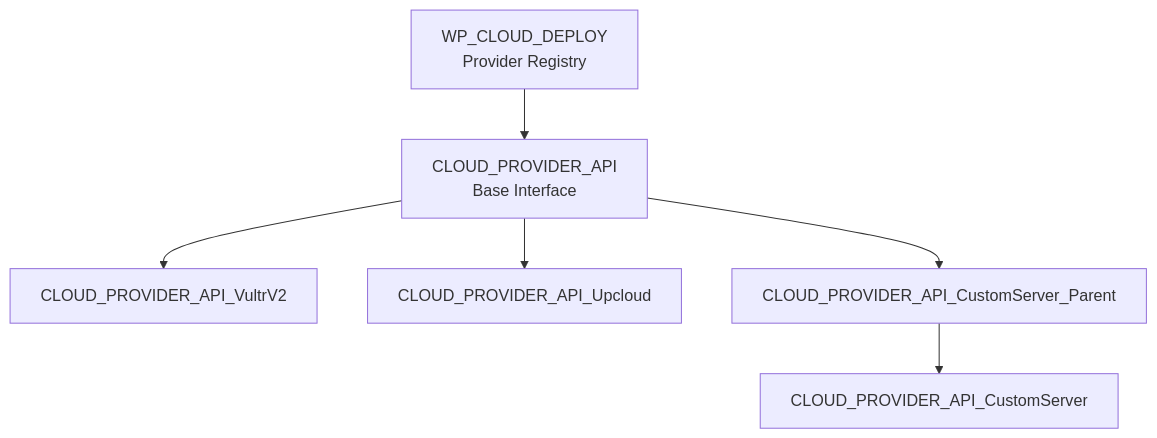
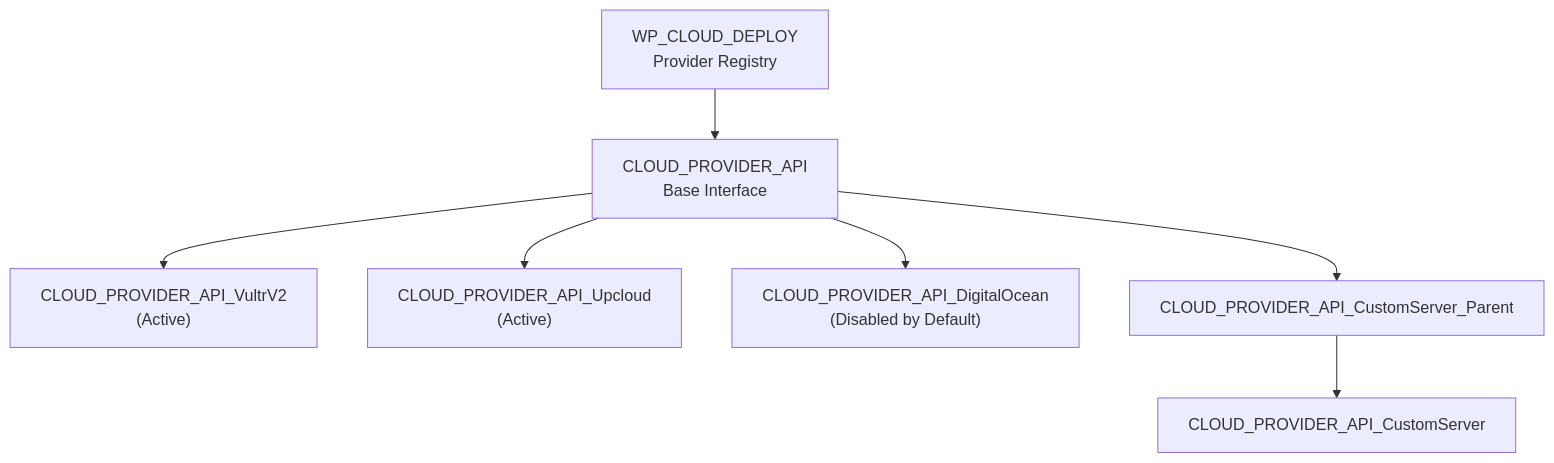
One commit to onedogsolutions/simple-stack changed the first of 7 diagrams in .qoder/repowiki/en/content/Cloud Provider Integration/Cloud Provider Integration.md. Above: the diagram before and after it, drawn with Mermaid. The commit also changed other lines of this file and 181 other files, not shown here.

First line of the commit message:
docs(core): update development guide, cloud provider integration, and settings management docs

````diff
--- a/.qoder/repowiki/en/content/Cloud Provider Integration/Cloud Provider Integration.md
+++ b/.qoder/repowiki/en/content/Cloud Provider Integration/Cloud Provider Integration.md
@@ -39,8 +49,9 @@
 ```mermaid
 graph TB
 Registry["WP_CLOUD_DEPLOY<br/>Provider Registry"] --> Base["CLOUD_PROVIDER_API<br/>Base Interface"]
-Base --> Vultr["CLOUD_PROVIDER_API_VultrV2"]
-Base --> Upcloud["CLOUD_PROVIDER_API_Upcloud"]
+Base --> Vultr["CLOUD_PROVIDER_API_VultrV2<br/>(Active)"]
+Base --> Upcloud["CLOUD_PROVIDER_API_Upcloud<br/>(Active)"]
+Base --> DO["CLOUD_PROVIDER_API_DigitalOcean<br/>(Disabled by Default)"]
 Base --> CustomParent["CLOUD_PROVIDER_API_CustomServer_Parent"]
 CustomParent --> CustomConcrete["CLOUD_PROVIDER_API_CustomServer"]
 ```
````
